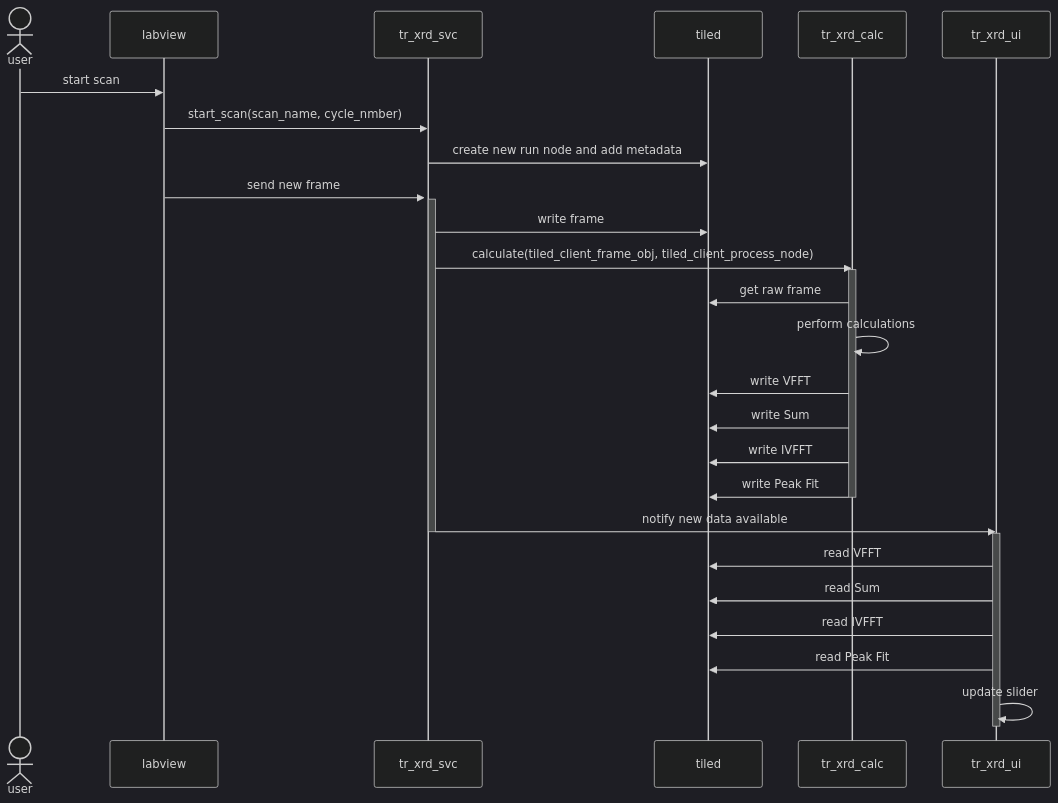
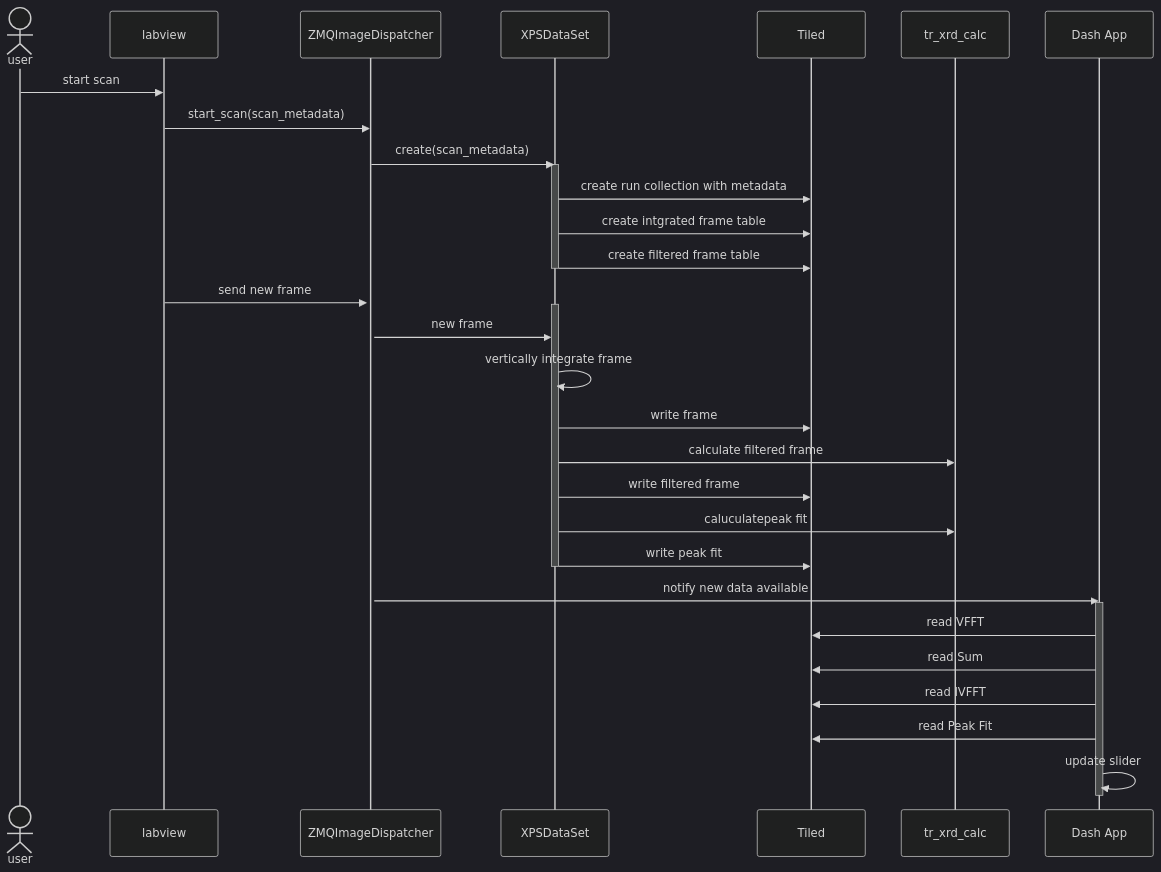
One commit to als-computing/ArroyoXPS changed the first of 2 diagrams in docs/design.md. Above: the diagram before and after it, drawn with Mermaid (dark theme). The commit also changed other lines of this file and 3 other files, not shown here.

Commit message:
refactor function name and update diagram

````diff
--- a/docs/design.md
+++ b/docs/design.md
@@ -9,32 +9,36 @@
 ```mermaid
 
 sequenceDiagram
     actor user
     user ->> labview: start scan
-    labview ->> tr_xrd_svc: start_scan(scan_name, cycle_nmber)
-    tr_xrd_svc ->> tiled: create new run node and add metadata
-    labview ->>+ tr_xrd_svc: send new frame
+    labview ->> ZMQImageDispatcher: start_scan(scan_metadata)
+    ZMQImageDispatcher ->> XPSDataSet: create(scan_metadata)
+    activate XPSDataSet
+    XPSDataSet ->> Tiled: create run collection with metadata
 
-    activate tr_xrd_svc
-    tr_xrd_svc ->> tiled: write frame
-    tr_xrd_svc ->> tr_xrd_calc: calculate(tiled_client_frame_obj, tiled_client_process_node)
+    XPSDataSet ->> Tiled: create intgrated frame table
+    XPSDataSet ->> Tiled: create filtered frame table
+    deactivate XPSDataSet
+    labview ->>+ ZMQImageDispatcher: send new frame
 
-    activate tr_xrd_calc
-    tr_xrd_calc ->> tiled: get raw frame
-    tr_xrd_calc ->> tr_xrd_calc: perform calculations
-    tr_xrd_calc ->> tiled: write VFFT
-    tr_xrd_calc ->> tiled: write Sum
-    tr_xrd_calc ->> tiled: write IVFFT
-    tr_xrd_calc ->> tiled: write Peak Fit
-    deactivate tr_xrd_calc
+    activate XPSDataSet
+    ZMQImageDispatcher ->> XPSDataSet: new frame
+    XPSDataSet ->> XPSDataSet: vertically integrate frame
+    XPSDataSet ->> Tiled: write frame
+    XPSDataSet ->> tr_xrd_calc: calculate filtered frame
+    XPSDataSet ->> Tiled: write filtered frame
+    XPSDataSet ->> tr_xrd_calc: caluculatepeak fit
+    XPSDataSet ->> Tiled: write peak fit
+    deactivate XPSDataSet
 
-    tr_xrd_svc ->> tr_xrd_ui: notify new data available
-    deactivate tr_xrd_svc
-    activate tr_xrd_ui
-    tr_xrd_ui ->> tiled: read VFFT
-    tr_xrd_ui ->> tiled: read Sum
-    tr_xrd_ui ->> tiled: read IVFFT
-    tr_xrd_ui ->> tiled: read Peak Fit
-    tr_xrd_ui ->> tr_xrd_ui: update slider
-    deactivate tr_xrd_ui
+
+    ZMQImageDispatcher ->> Dash App: notify new data available
+
+    activate Dash App
+    Dash App ->> Tiled: read VFFT
+    Dash App ->> Tiled: read Sum
+    Dash App ->> Tiled: read IVFFT
+    Dash App ->> Tiled: read Peak Fit
+    Dash App ->> Dash App: update slider
+    deactivate Dash App
 ```
````
